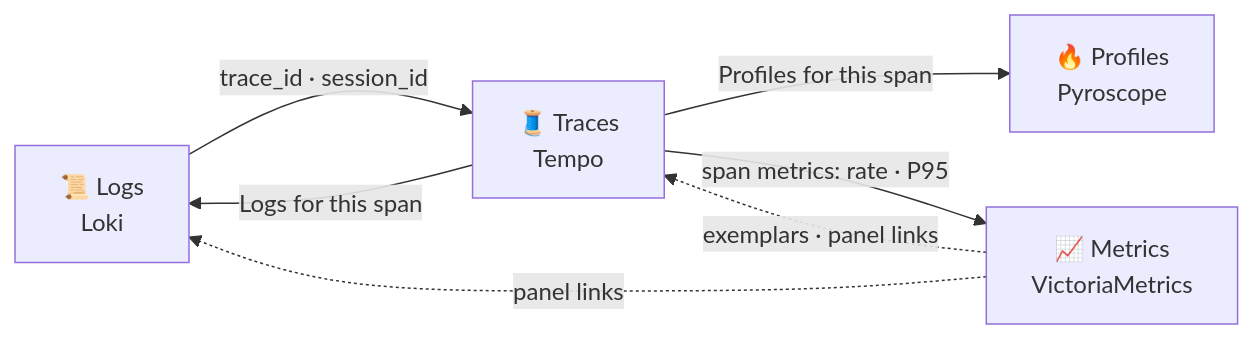
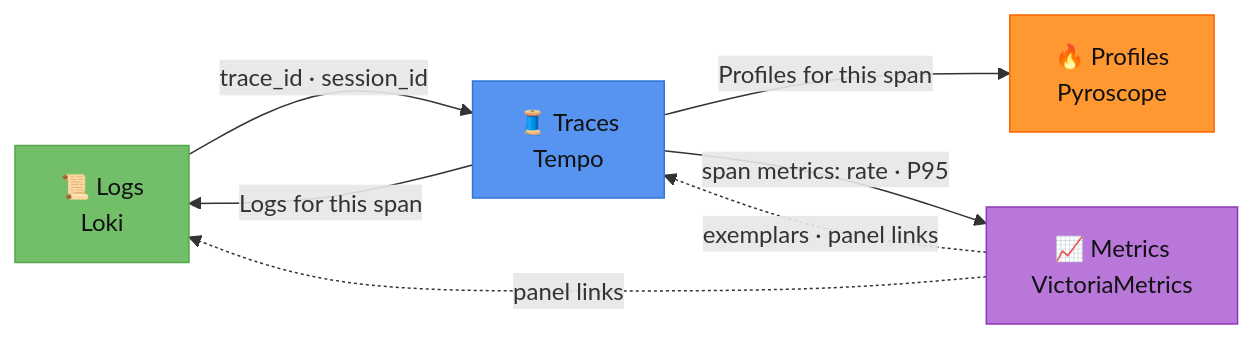
Before and after one commit to eugeneliukindev/fastapi-observatory: the second of 5 diagrams in README.md, drawn with Mermaid. The commit also changed other lines of this file and 13 other files, not shown here.

````diff
--- a/README.md
+++ b/README.md
@@ -183,14 +203,26 @@
 ```mermaid
 flowchart LR
     L["📜 Logs<br/>Loki"]
     T["🧵 Traces<br/>Tempo"]
     P["🔥 Profiles<br/>Pyroscope"]
     M["📈 Metrics<br/>VictoriaMetrics"]
 
     L -- "trace_id · session_id" --> T
     T -- "Logs for this span" --> L
     T -- "Profiles for this span" --> P
     T -- "span metrics: rate · P95" --> M
     M -. "exemplars · panel links" .-> T
     M -. "panel links" .-> L
+
+    classDef metrics fill:#B877D9,stroke:#8F3BB8,color:#111
+    classDef logs fill:#73BF69,stroke:#56A64B,color:#111
+    classDef traces fill:#5794F2,stroke:#3274D9,color:#111
+    classDef profiles fill:#FF9830,stroke:#FA6400,color:#111
+    classDef collector fill:#F55F3E,stroke:#C4162A,color:#fff
+    classDef ui fill:#F46800,stroke:#C34F00,color:#fff
+    classDef source fill:#E8E8E8,stroke:#9E9E9E,color:#111
+    class M metrics
+    class L logs
+    class T traces
+    class P profiles
 ```
````
